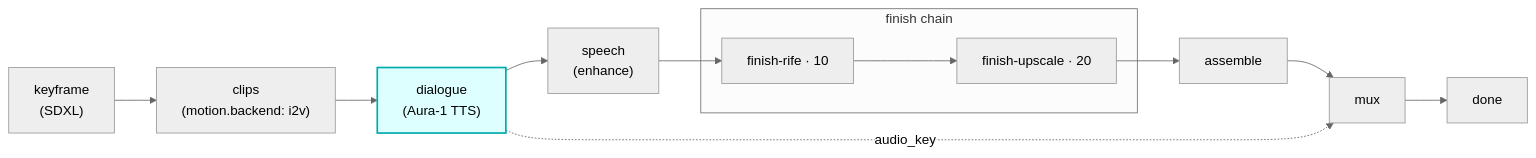
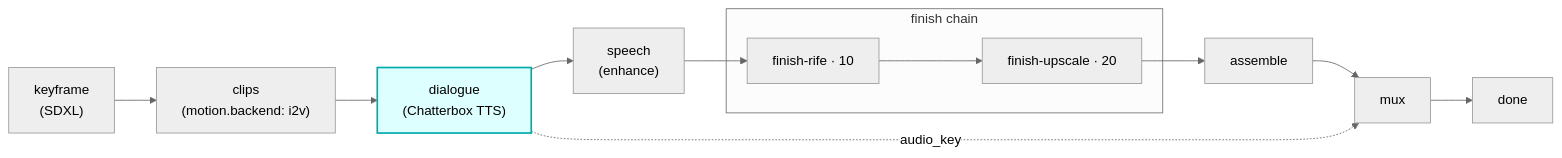
One commit to skyphusion-labs/vivijure-cf changed the diagram in modules/chatterbox/README.md. Above: the diagram before and after it, drawn with Mermaid (neutral theme). The commit also changed other lines of this file and 7 other files, not shown here.

````diff
--- a/modules/chatterbox/README.md
+++ b/modules/chatterbox/README.md
@@ -12,19 +12,19 @@
 ```mermaid
 flowchart LR
   kf["keyframe<br/>(SDXL)"]
   clips["clips<br/>(motion.backend: i2v)"]
-  dlg["dialogue<br/>(Aura-1 TTS)"]
+  dlg["dialogue<br/>(Chatterbox TTS)"]
   sp["speech<br/>(enhance)"]
   subgraph finish["finish chain"]
     rife["finish-rife · 10"]
     up["finish-upscale · 20"]
   end
   asm["assemble"]
   mux["mux"]
   done["done"]
 
   kf --> clips --> dlg --> sp --> rife --> up --> asm --> mux --> done
   dlg -. "audio_key" .-> mux
 
   style dlg fill:#dff,stroke:#0aa,stroke-width:2px
 ```
````
